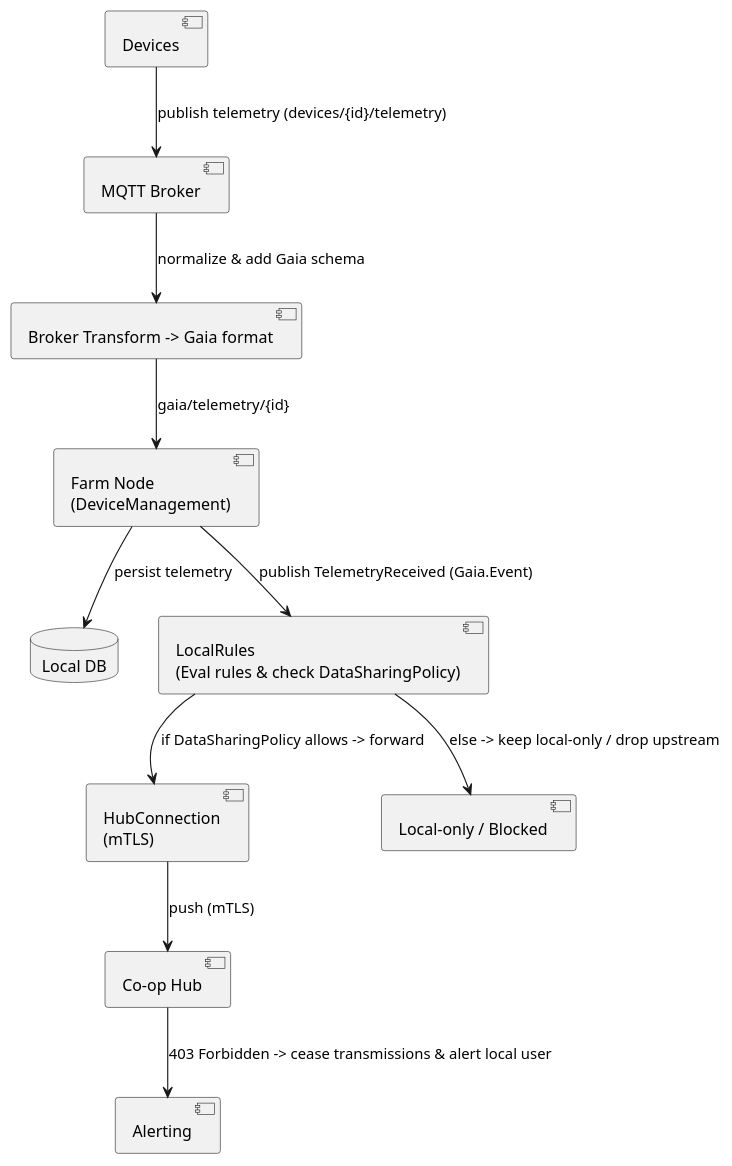
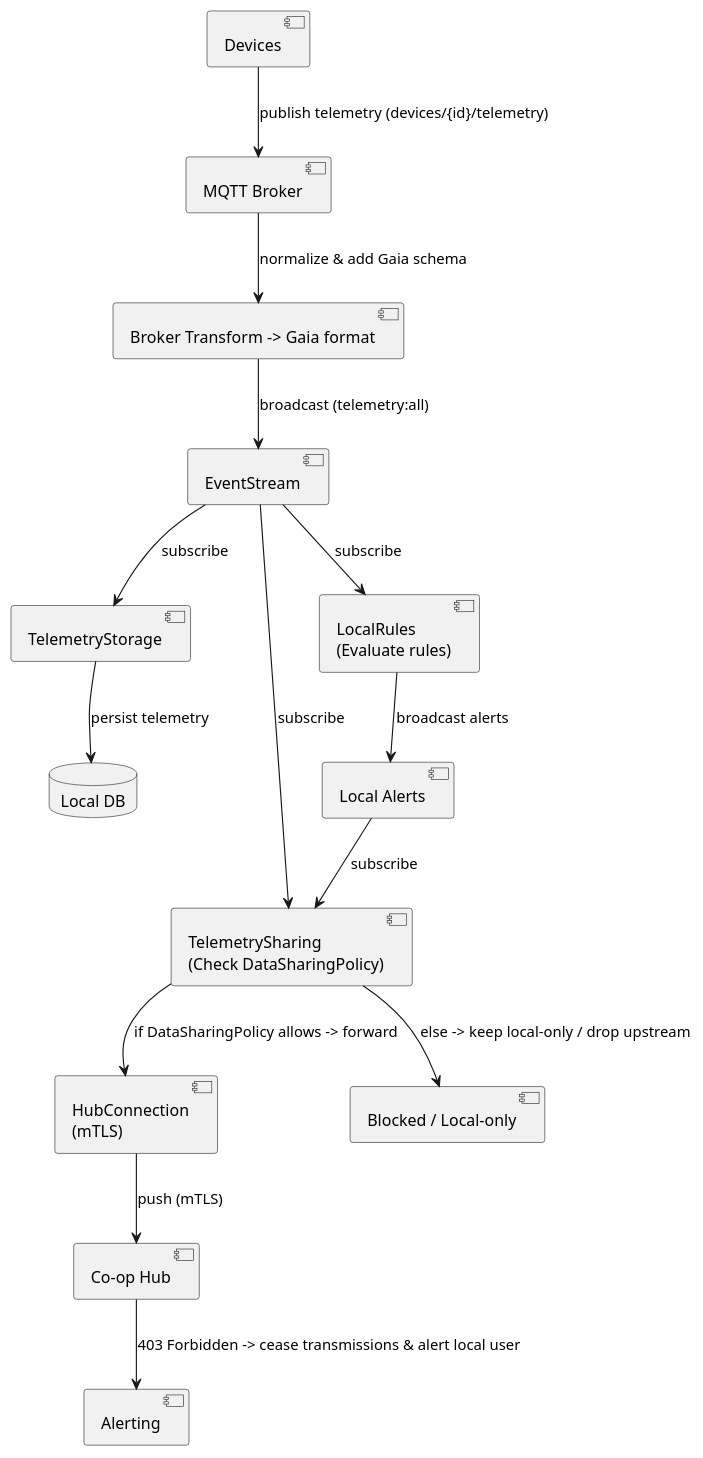
Before and after one commit to john-eevee/gaia: the second of 2 diagrams in adr/ADR-006.md, drawn with PlantUML. The commit also changed other lines of this file and 5 other files, not shown here.

Commit message:
Add TelemetryStorage and TelemetrySharing modules with updated ADR-006

````diff
--- a/adr/ADR-006.md
+++ b/adr/ADR-006.md
@@ -168,24 +237,35 @@
 ```plantuml
 @startuml
 component Devices
 component "MQTT Broker" as Broker
 component "Broker Transform -> Gaia format" as Transform
-component "Farm Node\n(DeviceManagement)" as FarmNode
+component "EventStream" as EventStream
+component "TelemetryStorage" as TelemetryStorage
+component "TelemetrySharing\n(Check DataSharingPolicy)" as TelemetrySharing
+component "LocalRules\n(Evaluate rules)" as LocalRules
 database "Local DB" as DB
-component "LocalRules\n(Eval rules & check DataSharingPolicy)" as LocalRules
+component "Local Alerts" as LocalAlerts
 component "HubConnection\n(mTLS)" as HubConn
 component "Co-op Hub" as Hub
 component "Alerting" as Alert
-component "Local-only / Blocked" as LocalOnly
+component "Blocked / Local-only" as LocalOnly
 
 Devices --> Broker : publish telemetry (devices/{id}/telemetry)
 Broker --> Transform : normalize & add Gaia schema
-Transform --> FarmNode : gaia/telemetry/{id}
-FarmNode --> DB : persist telemetry
-FarmNode --> LocalRules : publish TelemetryReceived (Gaia.Event)
-LocalRules --> HubConn : if DataSharingPolicy allows -> forward
-LocalRules --> LocalOnly : else -> keep local-only / drop upstream
+Transform --> EventStream : broadcast (telemetry:all)
+
+EventStream --> TelemetryStorage : subscribe
+EventStream --> TelemetrySharing : subscribe
+EventStream --> LocalRules : subscribe
+
+TelemetryStorage --> DB : persist telemetry
+LocalRules --> LocalAlerts : broadcast alerts
+LocalAlerts --> TelemetrySharing : subscribe
+
+TelemetrySharing --> HubConn : if DataSharingPolicy allows -> forward
+TelemetrySharing --> LocalOnly : else -> keep local-only / drop upstream
+
 HubConn --> Hub : push (mTLS)
 Hub --> Alert : 403 Forbidden -> cease transmissions & alert local user
 @enduml
 ```
````
